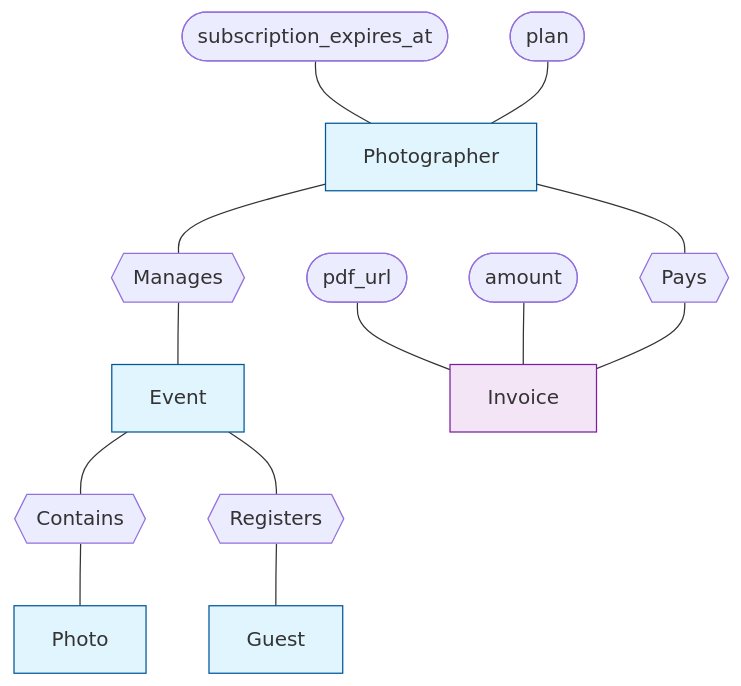
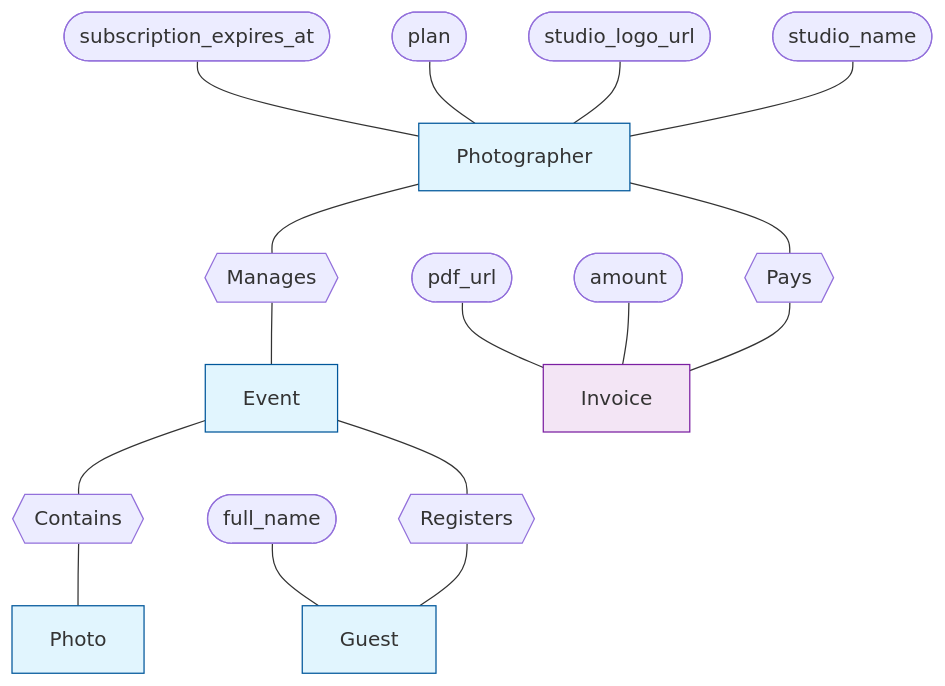
Before and after one commit to JoelJose212/SnapMoment: the third of 6 diagrams in README.md, drawn with Mermaid. The commit also changed other lines of this file, not shown here.

Commit message:
docs: update README with studio branding, fresher plan, and schema changes

````diff
--- a/README.md
+++ b/README.md
@@ -181,39 +184,43 @@
 ```mermaid
 graph TD
     %% Entities
     Photographer[Photographer]
     Event[Event]
     Photo[Photo]
     Guest[Guest]
     Invoice[Invoice]
 
     %% Relationships
     Photog_Ev{{"Manages"}}
     Ev_Ph{{"Contains"}}
     Ev_Gs{{"Registers"}}
     Photog_Inv{{"Pays"}}
 
     %% Attributes
     sub_exp([subscription_expires_at]) --- Photographer
     p_plan([plan]) --- Photographer
+    p_logo([studio_logo_url]) --- Photographer
+    p_name([studio_name]) --- Photographer
+    
+    g_name([full_name]) --- Guest
     
     inv_pdf([pdf_url]) --- Invoice
     inv_amt([amount]) --- Invoice
 
     %% Connections
     Photographer --- Photog_Ev
     Photographer --- Photog_Inv
     Photog_Inv --- Invoice
     Photog_Ev --- Event
     Event --- Ev_Ph
     Ev_Ph --- Photo
     Event --- Ev_Gs
     Ev_Gs --- Guest
 
     %% Styling
     style Photographer fill:#e1f5fe,stroke:#01579b
     style Event fill:#e1f5fe,stroke:#01579b
     style Photo fill:#e1f5fe,stroke:#01579b
     style Guest fill:#e1f5fe,stroke:#01579b
     style Invoice fill:#f3e5f5,stroke:#7b1fa2
 ```
````
